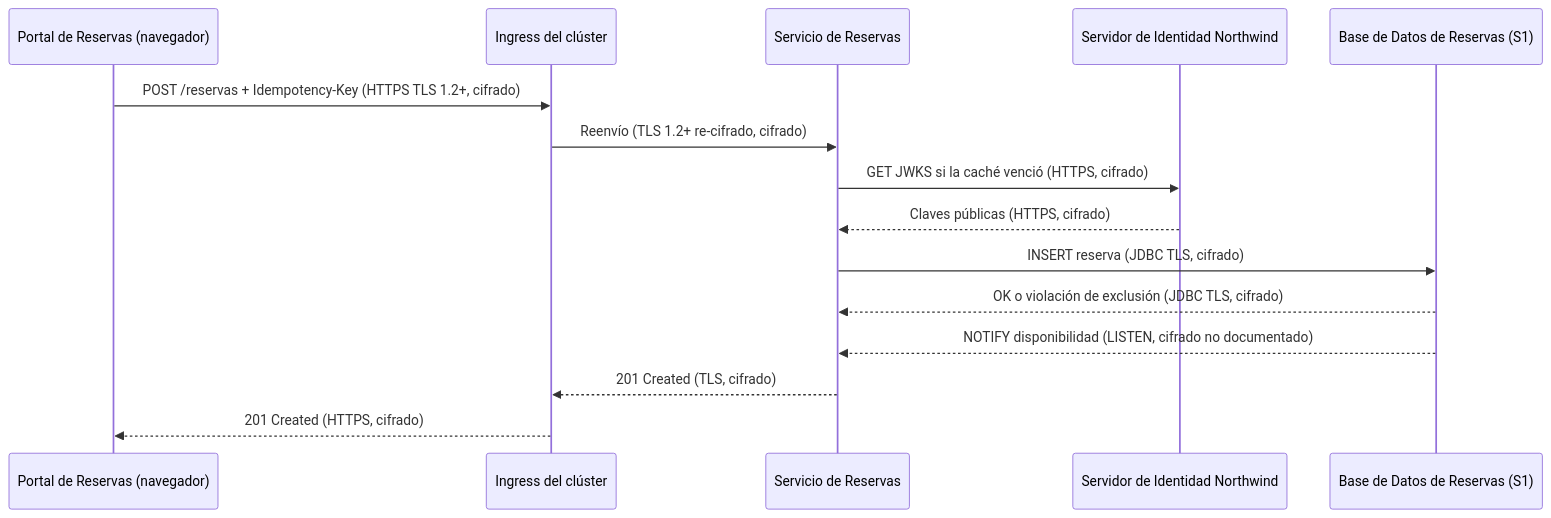
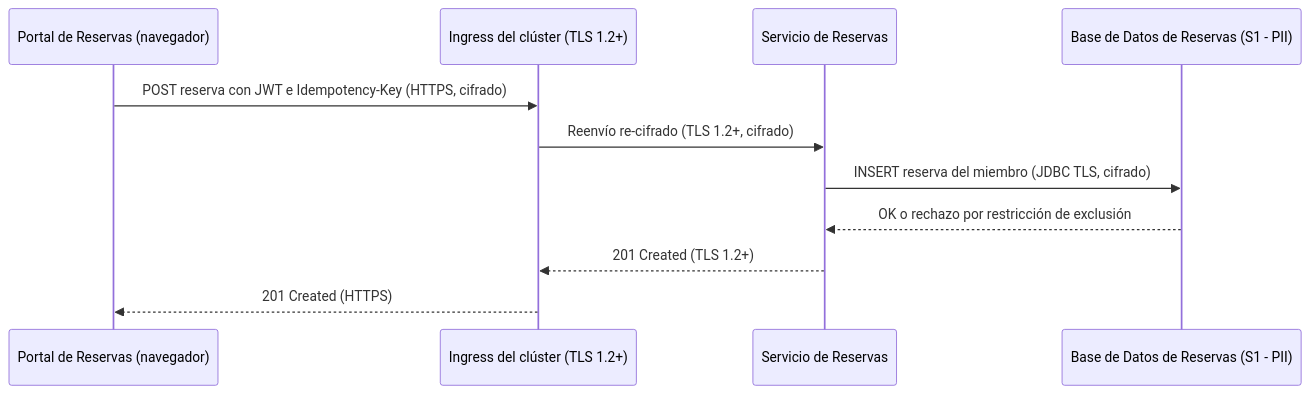
The first of 3 diagrams in analysis/DATA-SENSITIVITY-2026-11-03.md (shadowX4fox/northwind-reservas), drawn with Mermaid before and after one commit. The commit also changed other lines of this file and 7 other files, not shown here.

````diff
--- a/analysis/DATA-SENSITIVITY-2026-11-03.md
+++ b/analysis/DATA-SENSITIVITY-2026-11-03.md
@@ -57,17 +49,13 @@
 ```mermaid
 sequenceDiagram
-  participant P as Portal de Reservas (navegador)
-  participant G as Ingress del clúster
-  participant S as Servicio de Reservas
-  participant K as Servidor de Identidad Northwind
-  participant D as Base de Datos de Reservas (S1)
-  P->>G: POST /reservas + Idempotency-Key (HTTPS TLS 1.2+, cifrado)
-  G->>S: Reenvío (TLS 1.2+ re-cifrado, cifrado)
-  S->>K: GET JWKS si la caché venció (HTTPS, cifrado)
-  K-->>S: Claves públicas (HTTPS, cifrado)
-  S->>D: INSERT reserva (JDBC TLS, cifrado)
-  D-->>S: OK o violación de exclusión (JDBC TLS, cifrado)
-  D-->>S: NOTIFY disponibilidad (LISTEN, cifrado no documentado)
-  S-->>G: 201 Created (TLS, cifrado)
-  G-->>P: 201 Created (HTTPS, cifrado)
+  participant Navegador as Portal de Reservas (navegador)
+  participant Ingress as Ingress del clúster (TLS 1.2+)
+  participant Servicio as Servicio de Reservas
+  participant DB as Base de Datos de Reservas (S1 - PII)
+  Navegador->>Ingress: POST reserva con JWT e Idempotency-Key (HTTPS, cifrado)
+  Ingress->>Servicio: Reenvío re-cifrado (TLS 1.2+, cifrado)
+  Servicio->>DB: INSERT reserva del miembro (JDBC TLS, cifrado)
+  DB-->>Servicio: OK o rechazo por restricción de exclusión
+  Servicio-->>Ingress: 201 Created (TLS 1.2+)
+  Ingress-->>Navegador: 201 Created (HTTPS)
 ```
````
